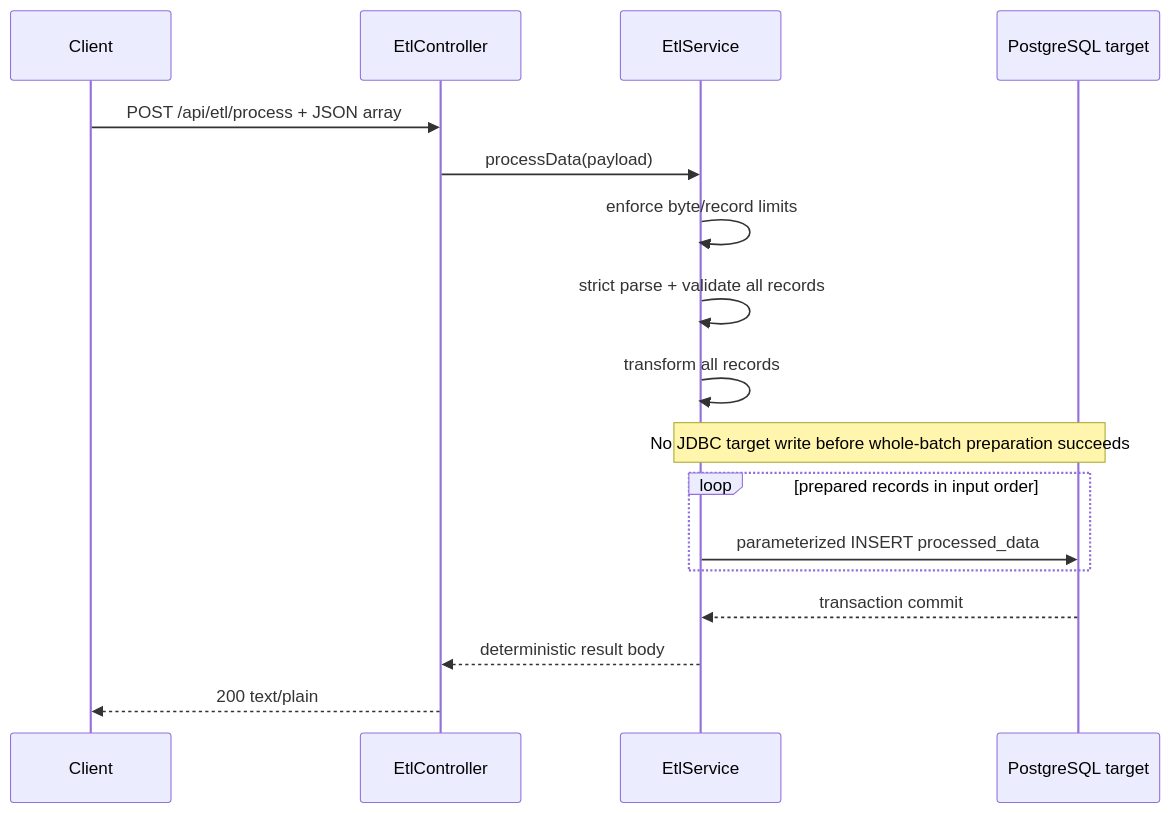
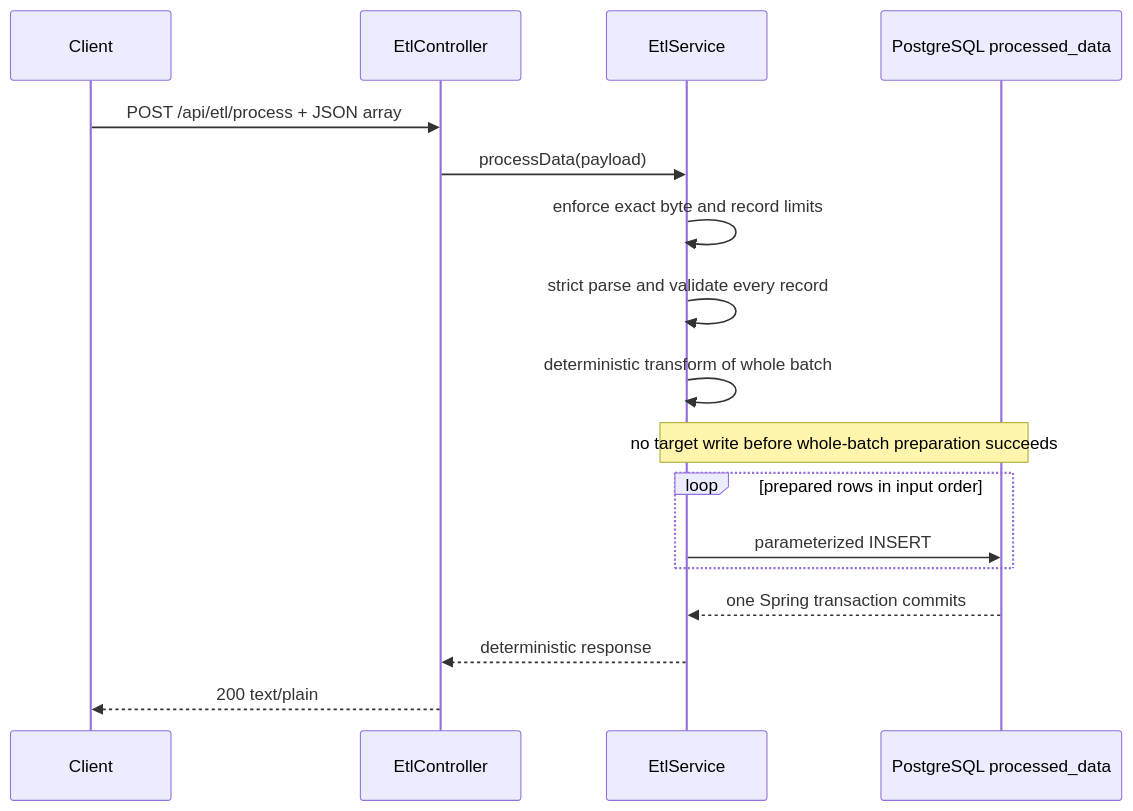
Before and after one commit to ContextualWisdomLab/mightyETL: the second of 9 diagrams in ARCHITECTURE.md, drawn with Mermaid. The commit also changed other lines of this file, not shown here.

Commit message:
docs: add cross-cutting architecture authorities

````diff
--- a/ARCHITECTURE.md
+++ b/ARCHITECTURE.md
@@ -54,20 +55,20 @@
 ```mermaid
 sequenceDiagram
     participant C as Client
     participant EC as EtlController
     participant ES as EtlService
-    participant DB as PostgreSQL target
+    participant DB as PostgreSQL processed_data
 
     C->>EC: POST /api/etl/process + JSON array
     EC->>ES: processData(payload)
-    ES->>ES: enforce byte/record limits
-    ES->>ES: strict parse + validate all records
-    ES->>ES: transform all records
-    Note over ES,DB: No JDBC target write before whole-batch preparation succeeds
-    loop prepared records in input order
-        ES->>DB: parameterized INSERT processed_data
+    ES->>ES: enforce exact byte and record limits
+    ES->>ES: strict parse and validate every record
+    ES->>ES: deterministic transform of whole batch
+    Note over ES,DB: no target write before whole-batch preparation succeeds
+    loop prepared rows in input order
+        ES->>DB: parameterized INSERT
     end
-    DB-->>ES: transaction commit
-    ES-->>EC: deterministic result body
+    DB-->>ES: one Spring transaction commits
+    ES-->>EC: deterministic response
     EC-->>C: 200 text/plain
 ```
````
